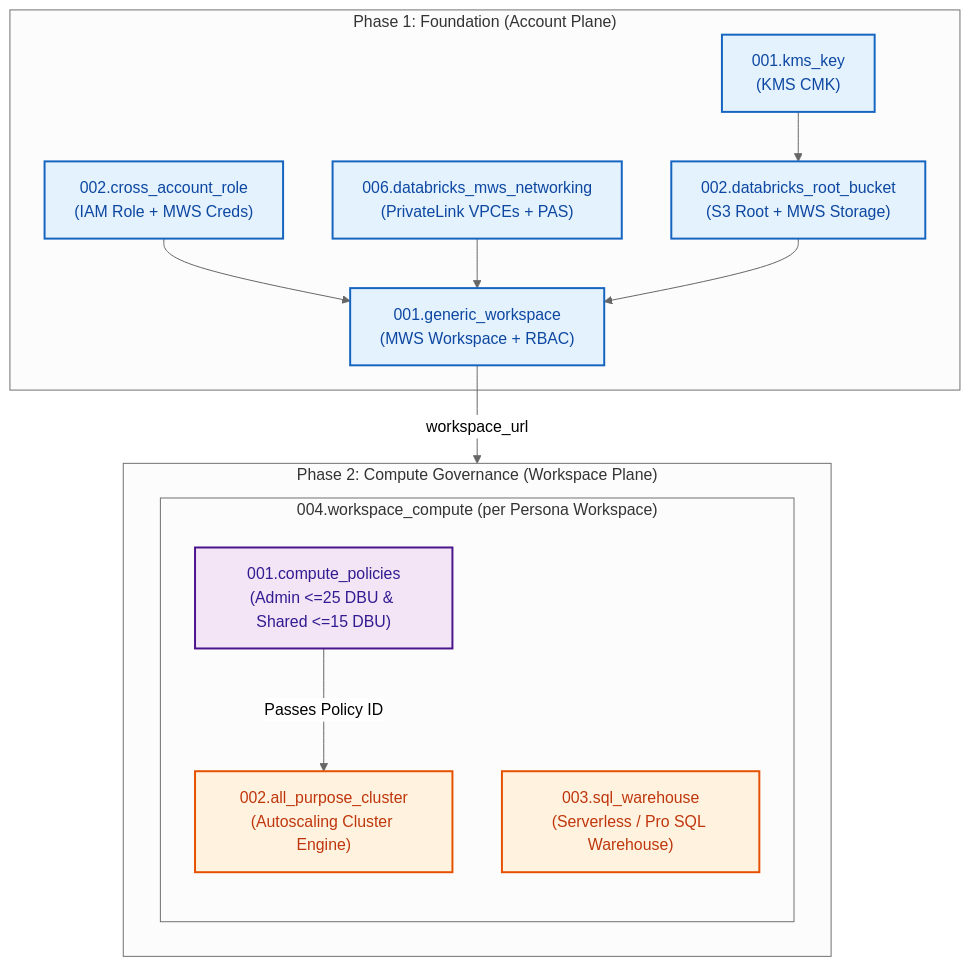
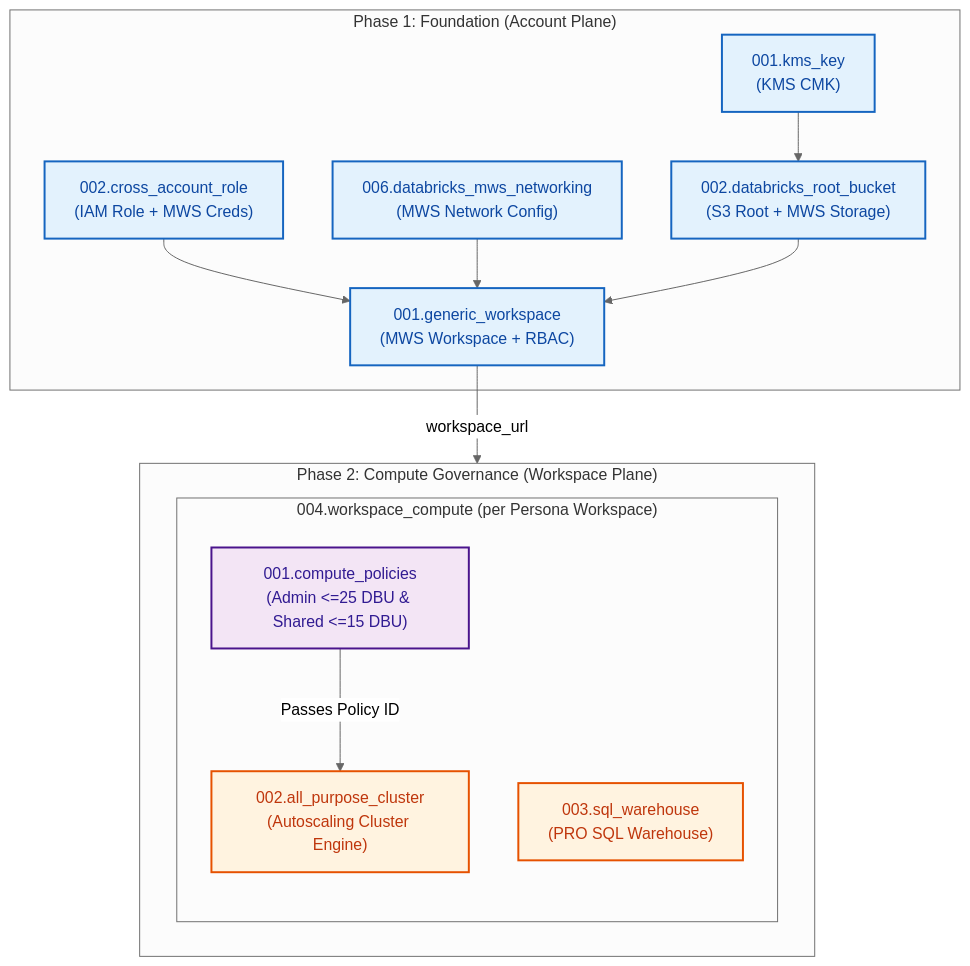
Before and after one commit to MikolajSedek/databricks_aws_deployment_03_workspaces_and_compute: the second of 2 diagrams in README.md, drawn with Mermaid (neutral theme). The commit also changed other lines of this file and 12 other files, not shown here.

````diff
--- a/README.md
+++ b/README.md
@@ -171,31 +171,31 @@
 ```mermaid
 flowchart TD
     classDef infra fill:#E3F2FD,stroke:#1565C0,stroke-width:2px,color:#0D47A1;
     classDef compute fill:#FFF3E0,stroke:#E65100,stroke-width:2px,color:#BF360C;
     classDef policy fill:#F3E5F5,stroke:#4A148C,stroke-width:2px,color:#311B92;
 
     subgraph Phase1 ["Phase 1: Foundation (Account Plane)"]
         KMS["001.kms_key<br/>(KMS CMK)"]:::infra
         IAM["002.cross_account_role<br/>(IAM Role + MWS Creds)"]:::infra
-        NET["006.databricks_mws_networking<br/>(PrivateLink VPCEs + PAS)"]:::infra
+        NET["006.databricks_mws_networking<br/>(MWS Network Config)"]:::infra
         S3["002.databricks_root_bucket<br/>(S3 Root + MWS Storage)"]:::infra
         WS["001.generic_workspace<br/>(MWS Workspace + RBAC)"]:::infra
 
         KMS --> S3
         IAM --> WS
         NET --> WS
         S3 --> WS
     end
 
     subgraph Phase2 ["Phase 2: Compute Governance (Workspace Plane)"]
         subgraph CompositeCompute ["004.workspace_compute (per Persona Workspace)"]
             POL["001.compute_policies<br/>(Admin <=25 DBU & Shared <=15 DBU)"]:::policy
             CLS["002.all_purpose_cluster<br/>(Autoscaling Cluster Engine)"]:::compute
-            SQL["003.sql_warehouse<br/>(Serverless / Pro SQL Warehouse)"]:::compute
+            SQL["003.sql_warehouse<br/>(PRO SQL Warehouse)"]:::compute
 
             POL -->|"Passes Policy ID"| CLS
         end
     end
 
     WS -->|"workspace_url"| Phase2
 ```
````
